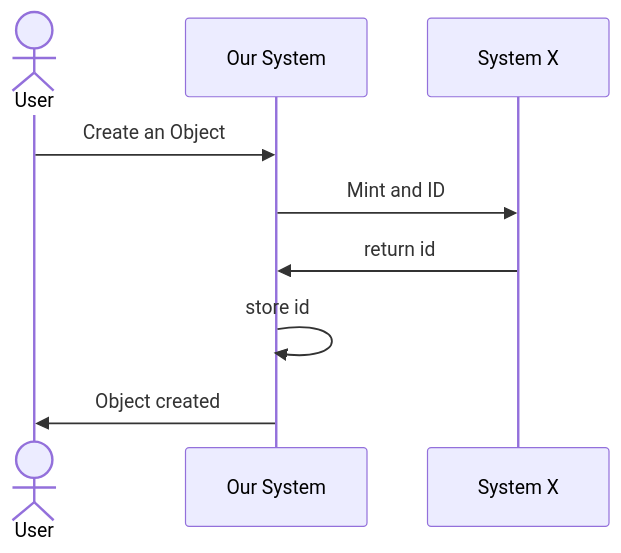
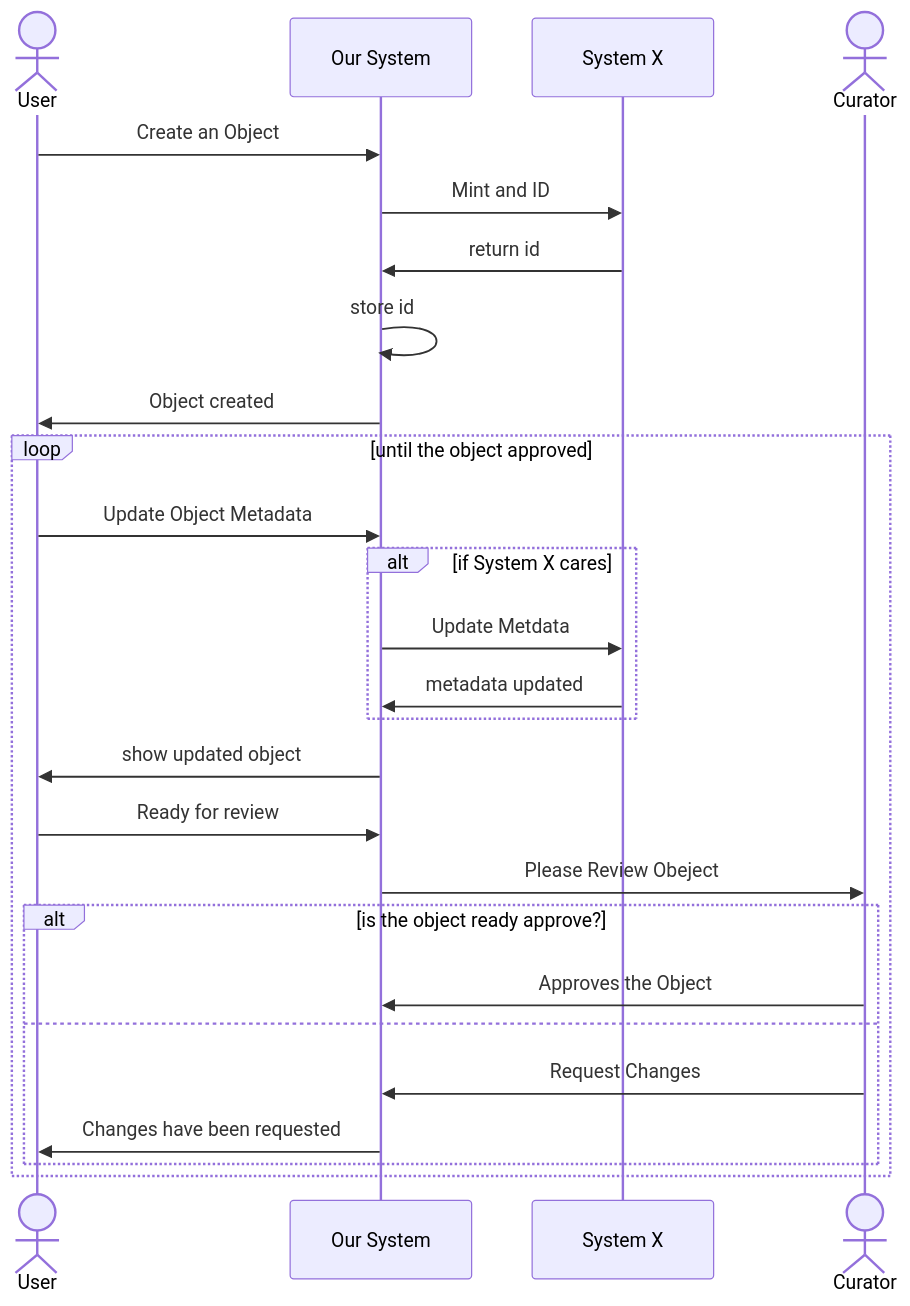
Before and after one commit to carolyncole/i_love_mermaid: the diagram in empty-flow.md, drawn with Mermaid.

Commit message:
Adding Curator interaction

````diff
--- a/empty-flow.md
+++ b/empty-flow.md
@@ -10,11 +10,28 @@
 ```mermaid
 sequenceDiagram
 actor user as User
 participant oursys as Our System
 participant sysx as System X
+actor curator as Curator
 user->>oursys: Create an Object
 oursys->>sysx: Mint and ID
 sysx->>oursys: return id
 oursys->>oursys: store id
 oursys->>user: Object created
+loop until the object approved
+user->>oursys: Update Object Metadata
+alt if System X cares
+  oursys->>sysx: Update Metdata
+  sysx->>oursys: metadata updated
+end
+oursys->>user: show updated object
+user->>oursys: Ready for review
+oursys->>curator: Please Review Obeject
+alt is the object ready approve?
+  curator->>oursys: Approves the Object
+else
+  curator->>oursys: Request Changes
+  oursys->>user: Changes have been requested
+end
+end
 ```
````
